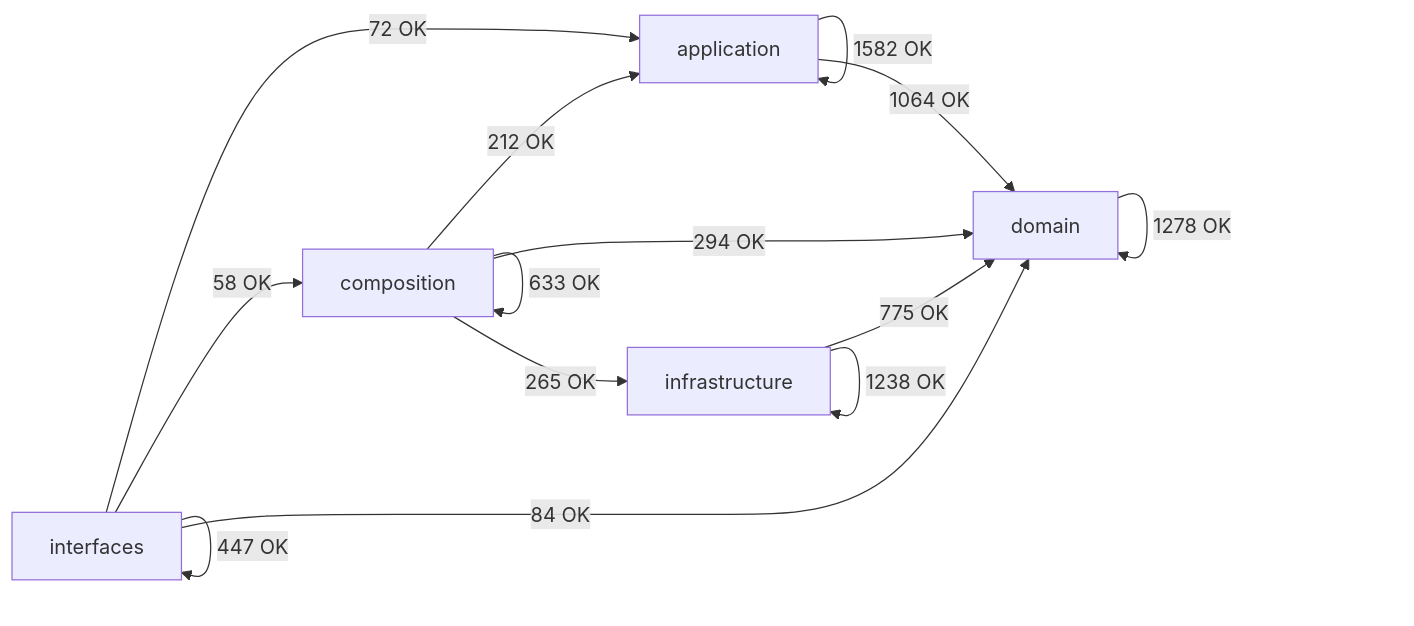
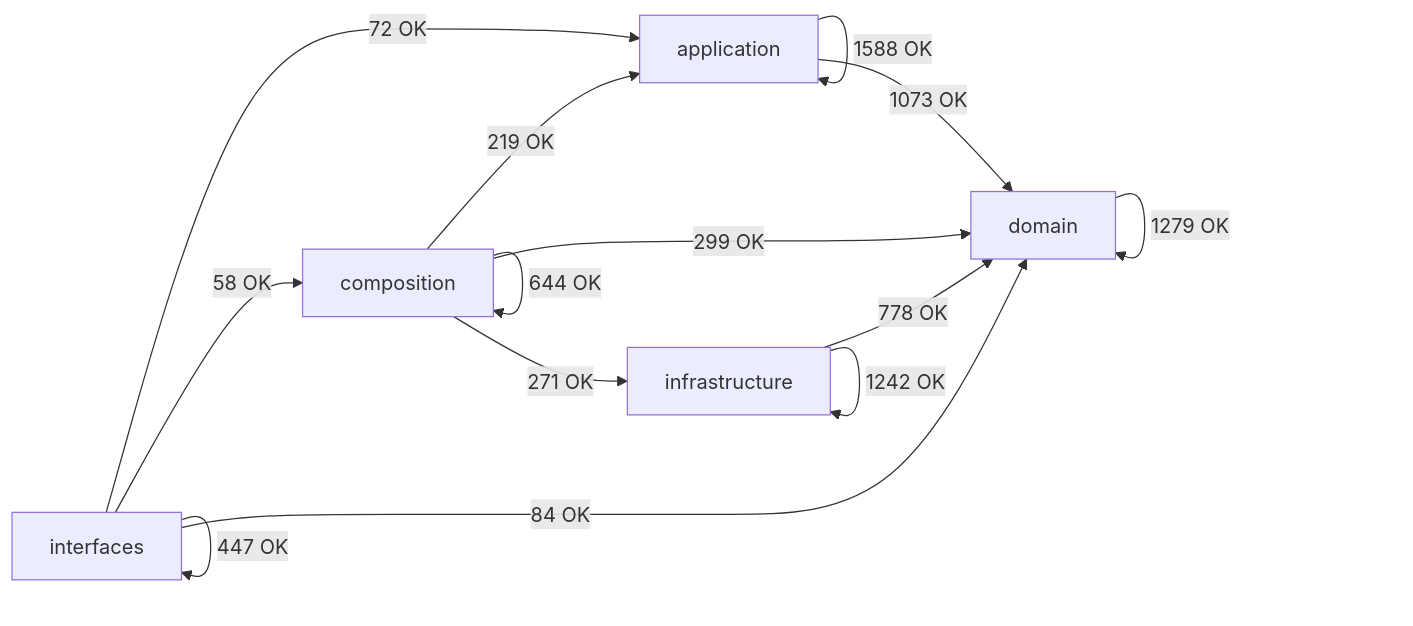
One commit to SatoryKono/BioactivityDataAcquisition changed the diagram in docs/02-architecture/generated/module-dependency-map.md. Above: the diagram before and after it, drawn with Mermaid. The commit also changed other lines of this file and 59 other files, not shown here.

````diff
--- a/docs/02-architecture/generated/module-dependency-map.md
+++ b/docs/02-architecture/generated/module-dependency-map.md
@@ -17,21 +17,21 @@
 ```mermaid
 flowchart LR
     domain[domain]
     application[application]
     infrastructure[infrastructure]
     composition[composition]
     interfaces[interfaces]
-    application -->|1582 OK| application
-    application -->|1064 OK| domain
-    composition -->|212 OK| application
-    composition -->|633 OK| composition
-    composition -->|294 OK| domain
-    composition -->|265 OK| infrastructure
-    domain -->|1278 OK| domain
-    infrastructure -->|775 OK| domain
-    infrastructure -->|1238 OK| infrastructure
+    application -->|1588 OK| application
+    application -->|1073 OK| domain
+    composition -->|219 OK| application
+    composition -->|644 OK| composition
+    composition -->|299 OK| domain
+    composition -->|271 OK| infrastructure
+    domain -->|1279 OK| domain
+    infrastructure -->|778 OK| domain
+    infrastructure -->|1242 OK| infrastructure
     interfaces -->|72 OK| application
     interfaces -->|58 OK| composition
     interfaces -->|84 OK| domain
     interfaces -->|447 OK| interfaces
 ```
````
